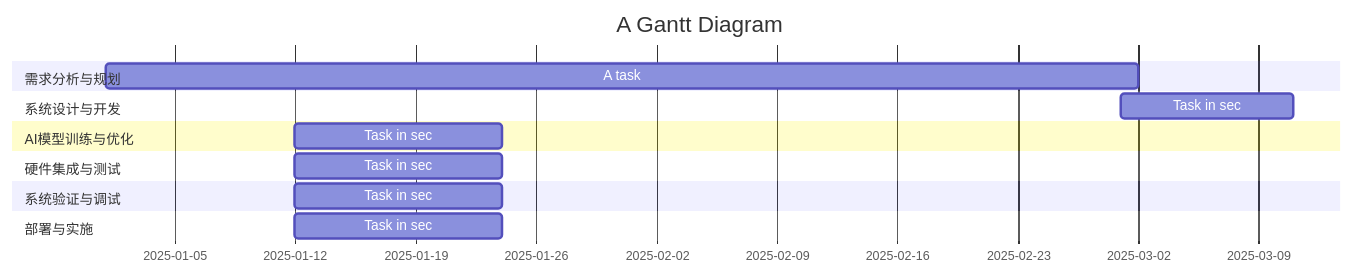
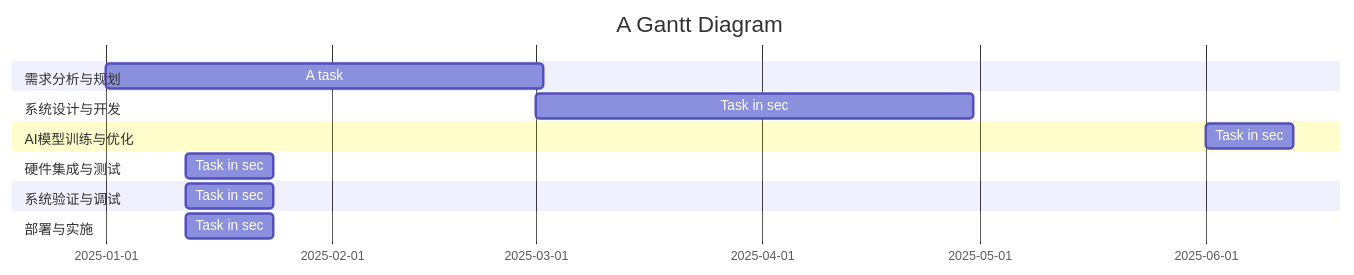
One commit to libobo6/iodraw-files changed the diagram in all/代码甘特图.md. Above: the diagram before and after it, drawn with Mermaid.

Commit message:
2025-01-14 10:55:59 update

````diff
--- a/all/代码甘特图.md
+++ b/all/代码甘特图.md
@@ -1,17 +1,17 @@
 ```mermaid
 gantt
     title A Gantt Diagram
     dateFormat  YYYY-MM-DD
     section 需求分析与规划
     A task           :2025-01-01, 60d
     section 系统设计与开发
-    Task in sec      :2025-03-01, 10d
+    Task in sec      :2025-03-01, 60d
     section AI模型训练与优化
-    Task in sec      :2025-01-12  , 12d
+    Task in sec      :2025-06-1  , 12d
     section 硬件集成与测试
     Task in sec      :2025-01-12  , 12d
     section 系统验证与调试
     Task in sec      :2025-01-12  , 12d
     section 部署与实施
     Task in sec      :2025-01-12  , 12d
 ```
````
